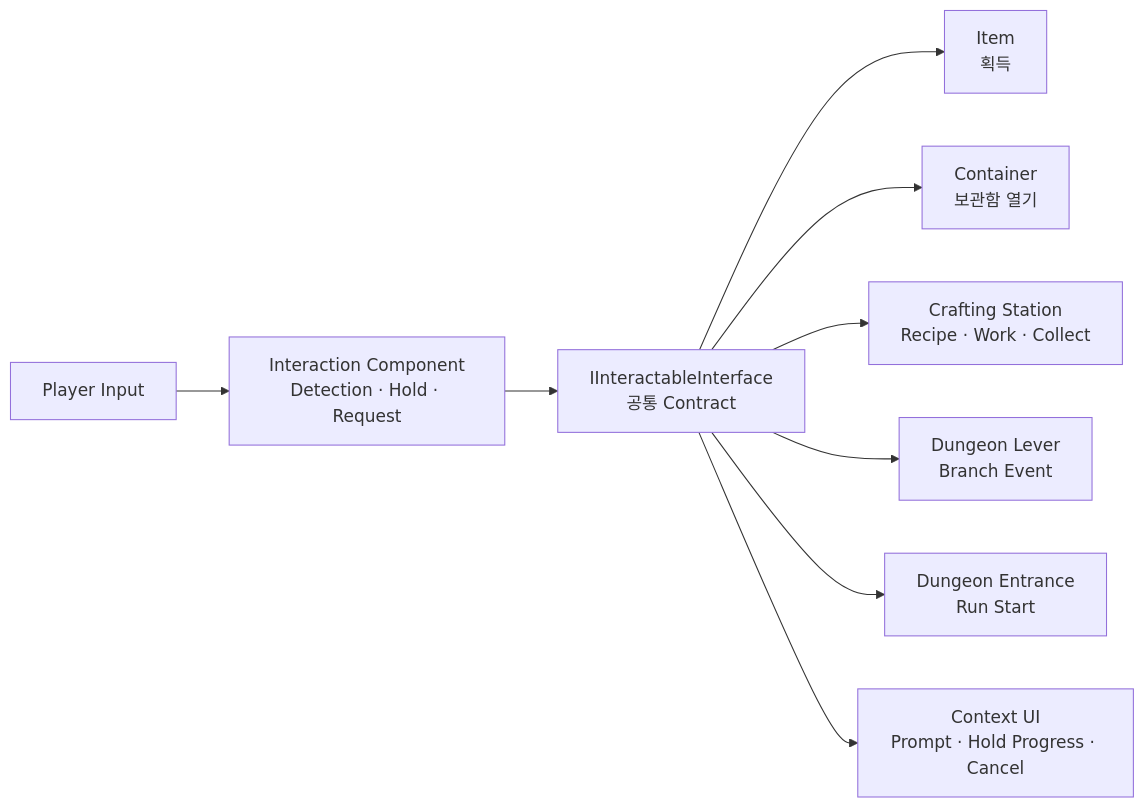
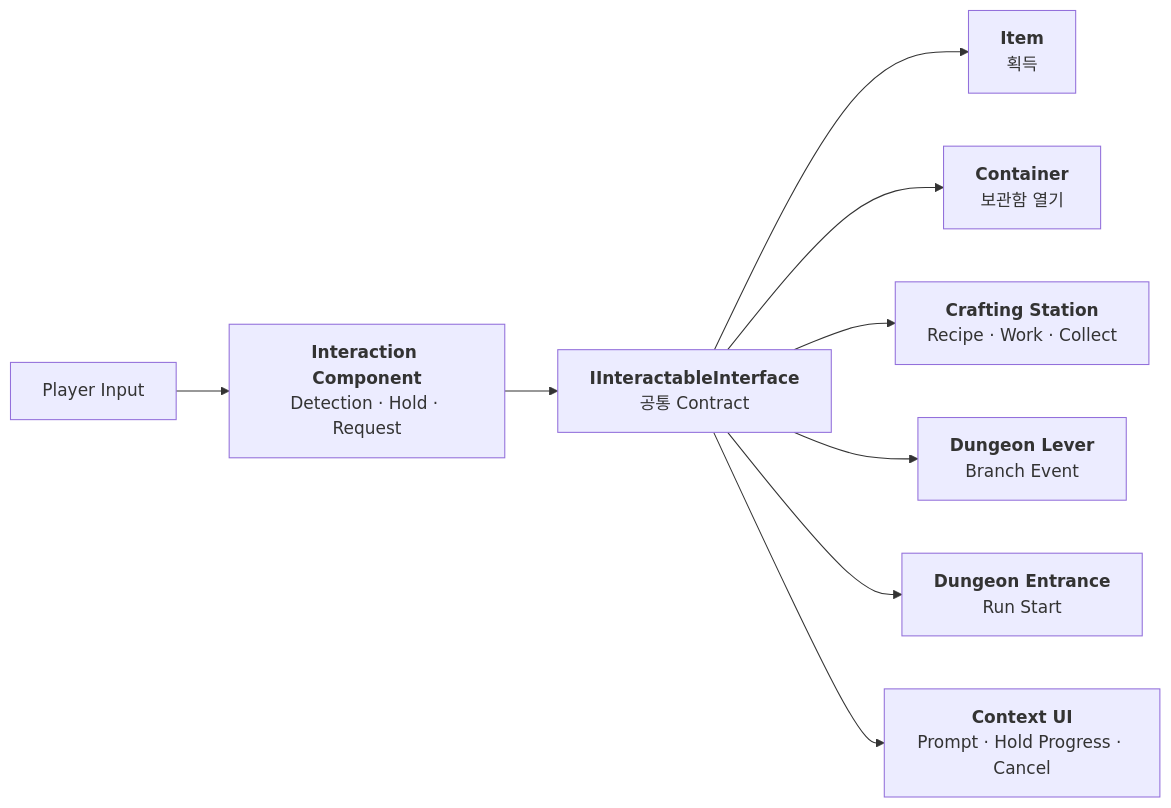
The diagram in Doc/Wiki/06_World_Interaction_Systems.md (chungheonLee0325/Sonheim), drawn with Mermaid before and after one commit.

Commit message:
docs: standardize diagram labels and ui document title

```diff
--- a/Doc/Wiki/06_World_Interaction_Systems.md
+++ b/Doc/Wiki/06_World_Interaction_Systems.md
@@ -11,24 +11,24 @@
 ~~~mermaid
 flowchart LR
     INPUT["Player Input"]
-    COMP["Interaction Component<br/>Detection · Hold · Request"]
-    API["IInteractableInterface<br/>공통 Contract"]
+    COMP["<b>Interaction Component</b><br/>Detection · Hold · Request"]
+    API["<b>IInteractableInterface</b><br/>공통 Contract"]
 
-    ITEM["Item<br/>획득"]
-    BOX["Container<br/>보관함 열기"]
-    CRAFT["Crafting Station<br/>Recipe · Work · Collect"]
-    LEVER["Dungeon Lever<br/>Branch Event"]
-    PORTAL["Dungeon Entrance<br/>Run Start"]
+    ITEM["<b>Item</b><br/>획득"]
+    BOX["<b>Container</b><br/>보관함 열기"]
+    CRAFT["<b>Crafting Station</b><br/>Recipe · Work · Collect"]
+    LEVER["<b>Dungeon Lever</b><br/>Branch Event"]
+    PORTAL["<b>Dungeon Entrance</b><br/>Run Start"]
 
-    UI["Context UI<br/>Prompt · Hold Progress · Cancel"]
+    UI["<b>Context UI</b><br/>Prompt · Hold Progress · Cancel"]
 
     INPUT --> COMP
     COMP --> API
     API --> ITEM
     API --> BOX
     API --> CRAFT
     API --> LEVER
     API --> PORTAL
 
     API --> UI
 ~~~
```
